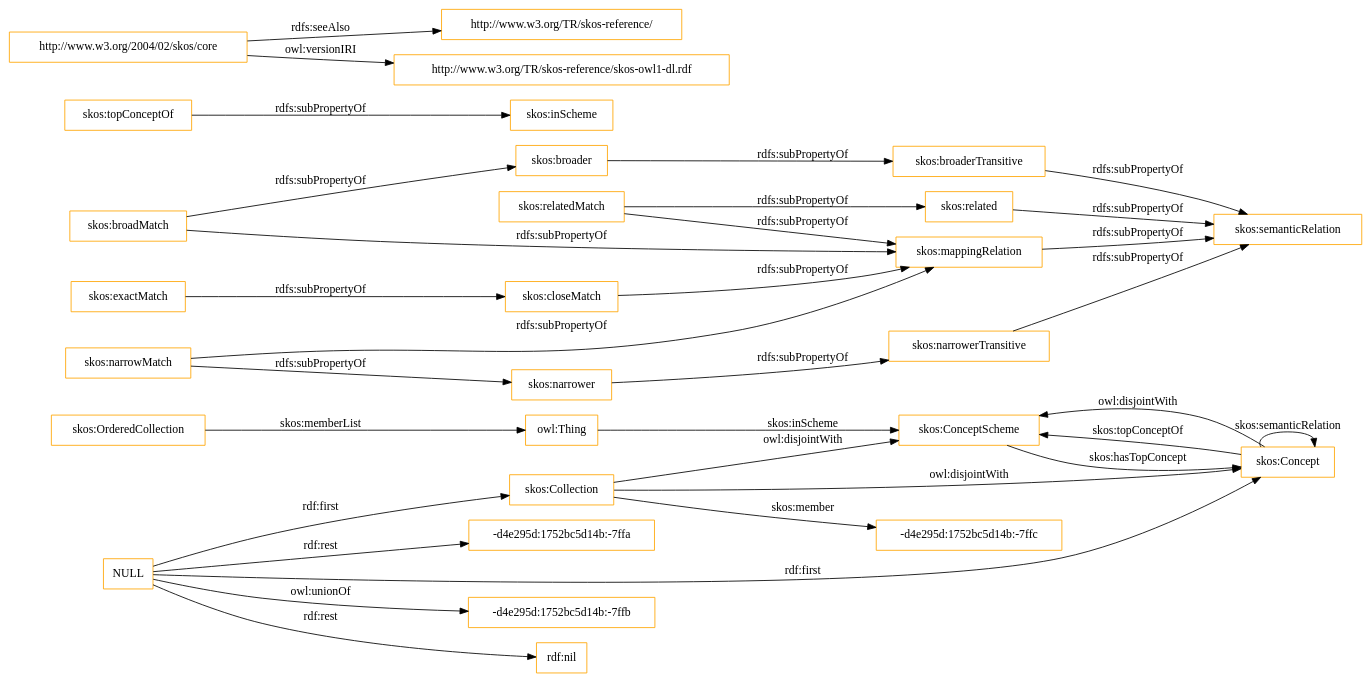
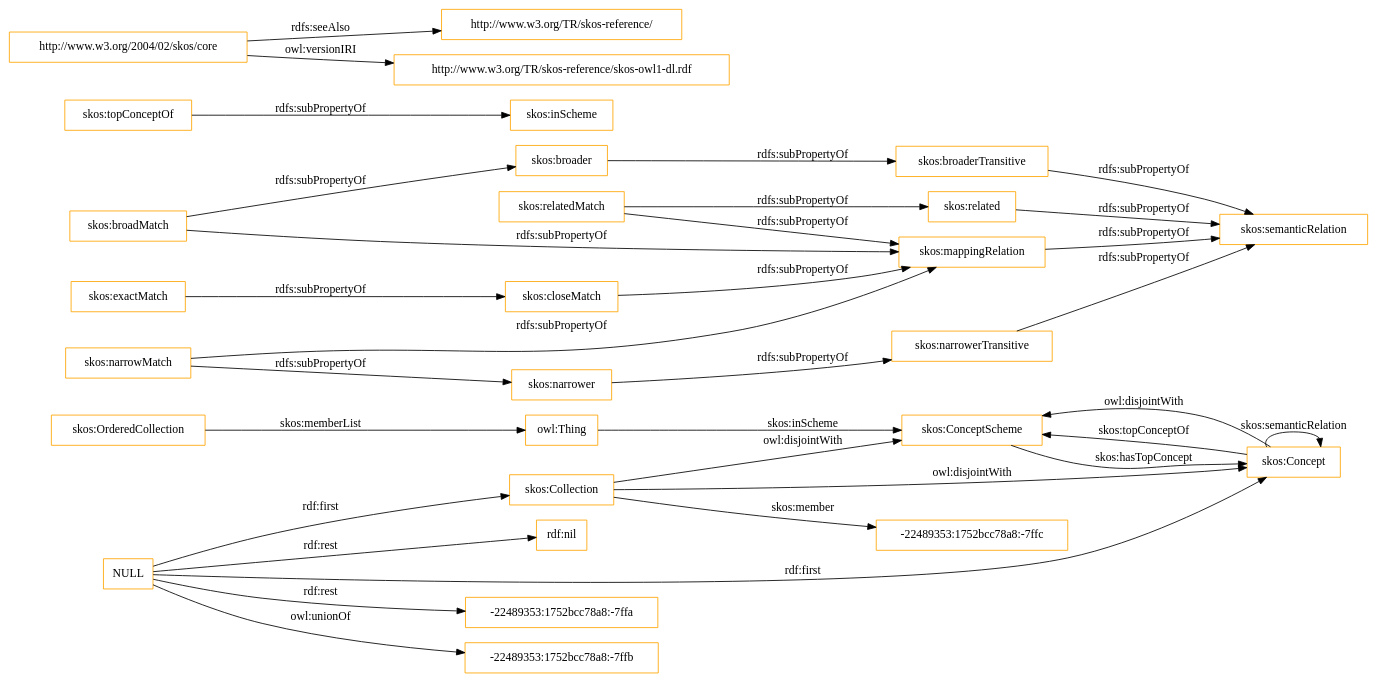
The diagram in OnToology/imports/skos.owl/diagrams/ar2dtool-class/skos.owl.png.dot (OnToologyUser/core-ontology-1), drawn with Graphviz before and after one commit. The commit also changed 14 other files, not shown here.

```diff
--- a/OnToology/imports/skos.owl/diagrams/ar2dtool-class/skos.owl.png.dot
+++ b/OnToology/imports/skos.owl/diagrams/ar2dtool-class/skos.owl.png.dot
@@ -1,37 +1,37 @@
 digraph ar2dtool_diagram { 
 rankdir=LR;
 size="1501"
-node [shape = rectangle, color="orange"]; "skos:OrderedCollection" "skos:ConceptScheme" "skos:Concept" "skos:Collection" "-d4e295d:1752bc5d14b:-7ffc" ; /*classes style*/
+node [shape = rectangle, color="orange"]; "skos:OrderedCollection" "skos:ConceptScheme" "skos:Concept" "skos:Collection" "-22489353:1752bcc78a8:-7ffc" ; /*classes style*/
 	"skos:narrowerTransitive" -> "skos:semanticRelation" [ label = "rdfs:subPropertyOf" ];
-	"NULL" -> "-d4e295d:1752bc5d14b:-7ffb" [ label = "owl:unionOf" ];
+	"NULL" -> "-22489353:1752bcc78a8:-7ffa" [ label = "rdf:rest" ];
+	"NULL" -> "skos:Collection" [ label = "rdf:first" ];
+	"NULL" -> "-22489353:1752bcc78a8:-7ffb" [ label = "owl:unionOf" ];
 	"NULL" -> "rdf:nil" [ label = "rdf:rest" ];
 	"NULL" -> "skos:Concept" [ label = "rdf:first" ];
-	"NULL" -> "-d4e295d:1752bc5d14b:-7ffa" [ label = "rdf:rest" ];
-	"NULL" -> "skos:Collection" [ label = "rdf:first" ];
 	"skos:closeMatch" -> "skos:mappingRelation" [ label = "rdfs:subPropertyOf" ];
 	"skos:Concept" -> "skos:ConceptScheme" [ label = "owl:disjointWith" ];
 	"skos:relatedMatch" -> "skos:related" [ label = "rdfs:subPropertyOf" ];
 	"skos:relatedMatch" -> "skos:mappingRelation" [ label = "rdfs:subPropertyOf" ];
 	"skos:related" -> "skos:semanticRelation" [ label = "rdfs:subPropertyOf" ];
 	"skos:topConceptOf" -> "skos:inScheme" [ label = "rdfs:subPropertyOf" ];
 	"skos:broadMatch" -> "skos:mappingRelation" [ label = "rdfs:subPropertyOf" ];
 	"skos:broadMatch" -> "skos:broader" [ label = "rdfs:subPropertyOf" ];
 	"skos:exactMatch" -> "skos:closeMatch" [ label = "rdfs:subPropertyOf" ];
 	"skos:broaderTransitive" -> "skos:semanticRelation" [ label = "rdfs:subPropertyOf" ];
 	"skos:broader" -> "skos:broaderTransitive" [ label = "rdfs:subPropertyOf" ];
 	"skos:mappingRelation" -> "skos:semanticRelation" [ label = "rdfs:subPropertyOf" ];
 	"http://www.w3.org/2004/02/skos/core" -> "http://www.w3.org/TR/skos-reference/" [ label = "rdfs:seeAlso" ];
 	"http://www.w3.org/2004/02/skos/core" -> "http://www.w3.org/TR/skos-reference/skos-owl1-dl.rdf" [ label = "owl:versionIRI" ];
 	"skos:Collection" -> "skos:ConceptScheme" [ label = "owl:disjointWith" ];
 	"skos:Collection" -> "skos:Concept" [ label = "owl:disjointWith" ];
 	"skos:narrower" -> "skos:narrowerTransitive" [ label = "rdfs:subPropertyOf" ];
 	"skos:narrowMatch" -> "skos:narrower" [ label = "rdfs:subPropertyOf" ];
 	"skos:narrowMatch" -> "skos:mappingRelation" [ label = "rdfs:subPropertyOf" ];
 	"skos:OrderedCollection" -> "owl:Thing" [ label = "skos:memberList" ];
 	"skos:Concept" -> "skos:ConceptScheme" [ label = "skos:topConceptOf" ];
 	"skos:Concept" -> "skos:Concept" [ label = "skos:semanticRelation" ];
-	"skos:Collection" -> "-d4e295d:1752bc5d14b:-7ffc" [ label = "skos:member" ];
+	"skos:Collection" -> "-22489353:1752bcc78a8:-7ffc" [ label = "skos:member" ];
 	"skos:ConceptScheme" -> "skos:Concept" [ label = "skos:hasTopConcept" ];
 	"owl:Thing" -> "skos:ConceptScheme" [ label = "skos:inScheme" ];
 
 }
```
